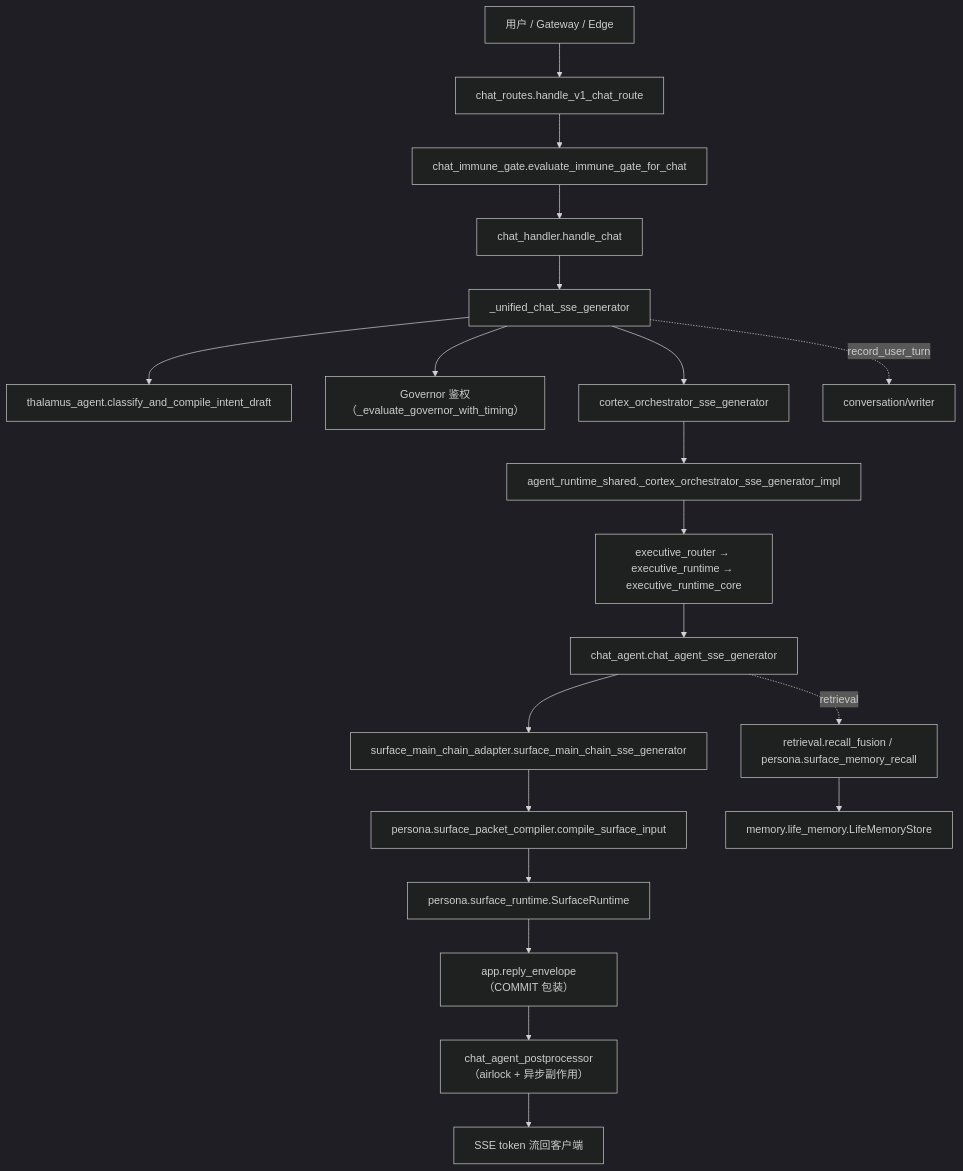
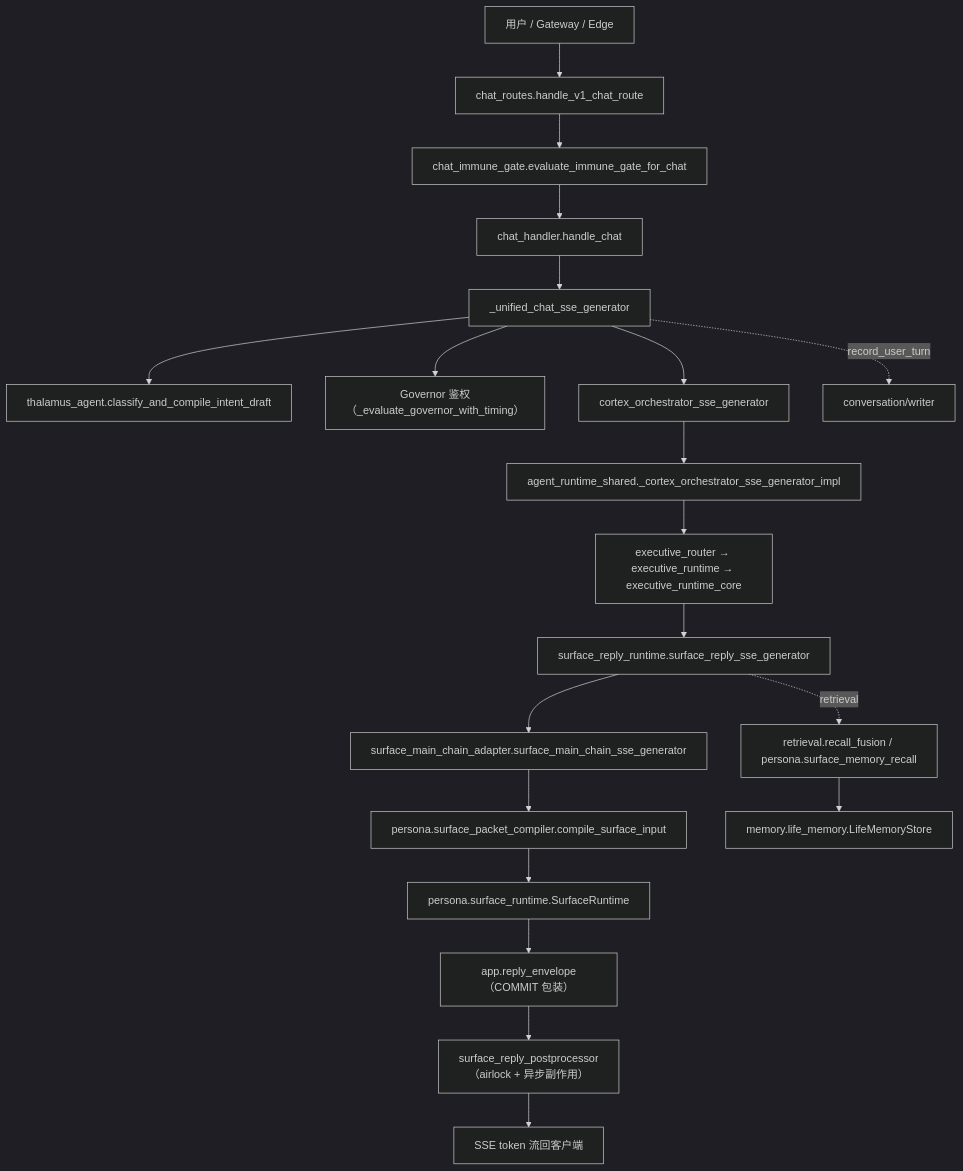
One commit to SakuraYoruno/Natsume_Ai changed the diagram in docs/50_project/arch/CURRENT_CODE_ARCHITECTURE.md. Above: the diagram before and after it, drawn with Mermaid (dark theme). The commit also changed other lines of this file and 85 other files, not shown here.

````diff
--- a/docs/50_project/arch/CURRENT_CODE_ARCHITECTURE.md
+++ b/docs/50_project/arch/CURRENT_CODE_ARCHITECTURE.md
@@ -230,23 +230,23 @@
 ```mermaid
 graph TD
     U["用户 / Gateway / Edge"] --> CR["chat_routes.handle_v1_chat_route"]
     CR --> IMG["chat_immune_gate.evaluate_immune_gate_for_chat"]
     IMG --> CH["chat_handler.handle_chat"]
     CH --> SSEU["_unified_chat_sse_generator"]
     SSEU --> THAL["thalamus_agent.classify_and_compile_intent_draft"]
     SSEU --> GOV["Governor 鉴权（_evaluate_governor_with_timing）"]
     SSEU --> CO["cortex_orchestrator_sse_generator"]
     CO --> ARS["agent_runtime_shared._cortex_orchestrator_sse_generator_impl"]
     ARS --> ER["executive_router → executive_runtime → executive_runtime_core"]
-    ER --> CAG["chat_agent.chat_agent_sse_generator"]
+    ER --> CAG["surface_reply_runtime.surface_reply_sse_generator"]
     CAG --> SMC["surface_main_chain_adapter.surface_main_chain_sse_generator"]
     SMC --> COMP["persona.surface_packet_compiler.compile_surface_input"]
     COMP --> RUN["persona.surface_runtime.SurfaceRuntime"]
     RUN --> ENV["app.reply_envelope（COMMIT 包装）"]
-    ENV --> POST["chat_agent_postprocessor（airlock + 异步副作用）"]
+    ENV --> POST["surface_reply_postprocessor（airlock + 异步副作用）"]
     POST --> OUT["SSE token 流回客户端"]
 
     SSEU -. record_user_turn .-> CONV["conversation/writer"]
     CAG -. retrieval .-> RF["retrieval.recall_fusion / persona.surface_memory_recall"]
     RF --> LM["memory.life_memory.LifeMemoryStore"]
 ```
````
